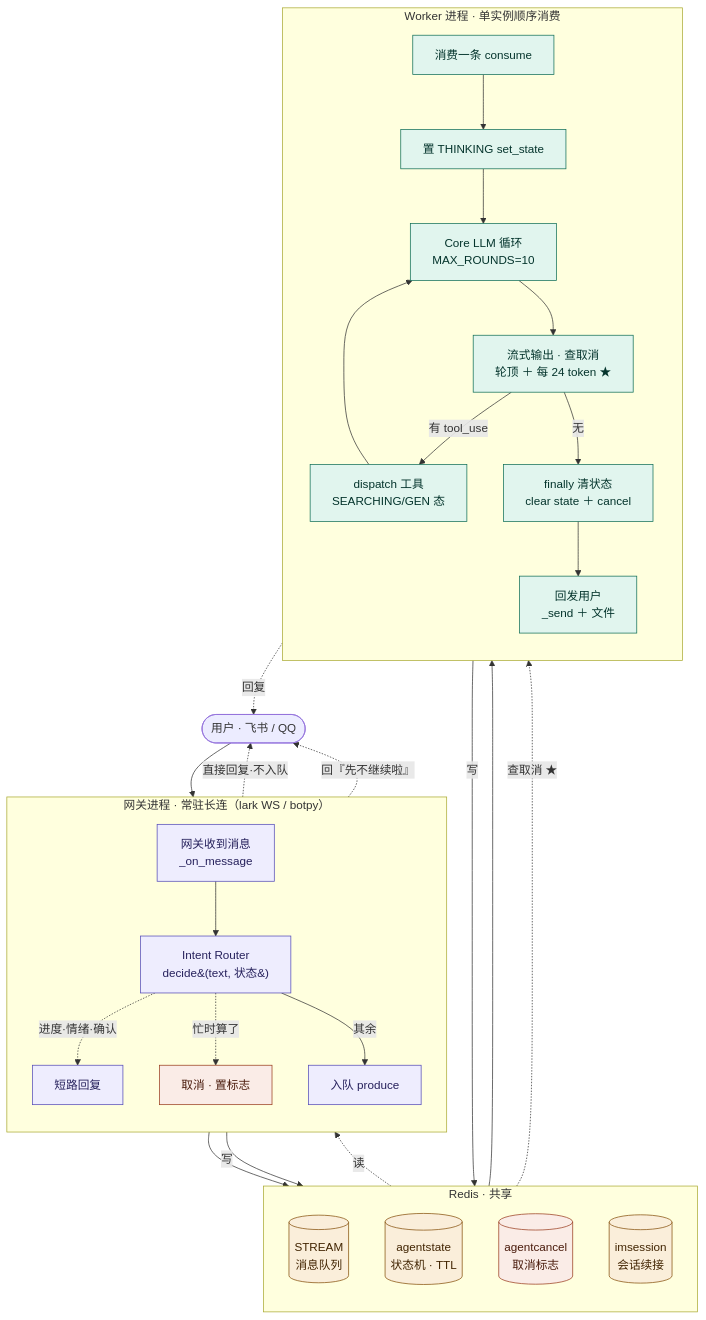
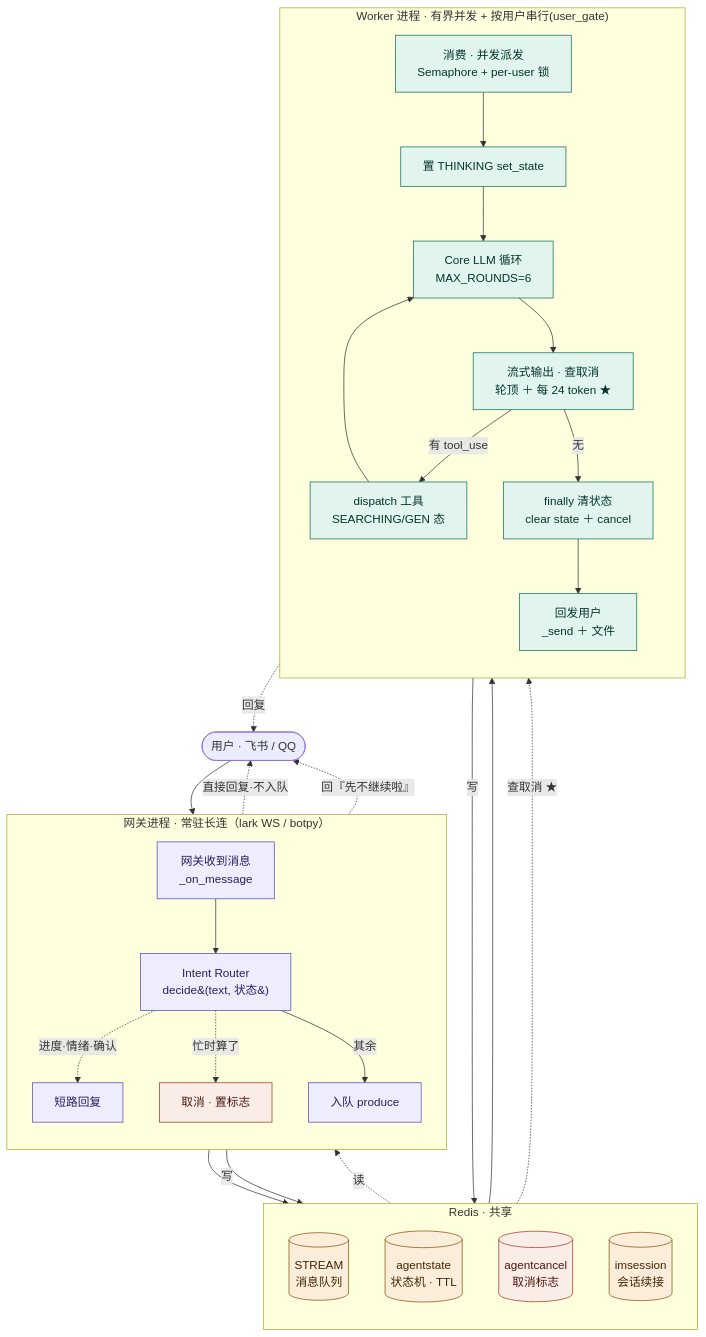
Before and after one commit to Coffeiz/Gugu-web: the diagram in docs/agent-决策环.md, drawn with Mermaid. The commit also changed other lines of this file and 1 other file, not shown here.

````diff
--- a/docs/agent-决策环.md
+++ b/docs/agent-决策环.md
@@ -70,47 +70,47 @@
 ```mermaid
 flowchart TD
     U([用户 · 飞书 / QQ])
 
     subgraph GW["网关进程 · 常驻长连（lark WS / botpy）"]
         direction TB
         G1[网关收到消息<br/>_on_message] --> G2[Intent Router<br/>decide&#40;text, 状态&#41;]
         G2 -.->|进度·情绪·确认| G3[短路回复]
         G2 -.->|忙时算了| G4[取消 · 置标志]
         G2 -->|其余| G5[入队 produce]
     end
 
     subgraph RD["Redis · 共享"]
         direction TB
         R1[(STREAM<br/>消息队列)]
         R2[(agentstate<br/>状态机 · TTL)]
         R3[(agentcancel<br/>取消标志)]
         R4[(imsession<br/>会话续接)]
     end
 
-    subgraph WK["Worker 进程 · 单实例顺序消费"]
+    subgraph WK["Worker 进程 · 有界并发 + 按用户串行(user_gate)"]
         direction TB
-        W1[消费一条 consume] --> W2[置 THINKING set_state] --> W3[Core LLM 循环<br/>MAX_ROUNDS=10]
+        W1[消费 · 并发派发<br/>Semaphore + per-user 锁] --> W2[置 THINKING set_state] --> W3[Core LLM 循环<br/>MAX_ROUNDS=6]
         W3 --> W4["流式输出 · 查取消<br/>轮顶 ＋ 每 24 token ★"]
         W4 -->|有 tool_use| W5[dispatch 工具<br/>SEARCHING/GEN 态] --> W3
         W4 -->|无| W6[finally 清状态<br/>clear state ＋ cancel] --> W7[回发用户<br/>_send ＋ 文件]
     end
 
     U --> G1
     G3 -.->|直接回复·不入队| U
     G4 -.->|回『先不继续啦』| U
     G5 --> R1 --> W1
     W2 -->|写| R2
     R2 -.->|读| G2
     G4 -->|写| R3
     R3 -.->|查取消 ★| W4
     W7 -.->|回复| U
 
     classDef gw fill:#EEEDFE,stroke:#534AB7,color:#26215C;
     classDef rd fill:#FAEEDA,stroke:#854F0B,color:#412402;
     classDef wk fill:#E1F5EE,stroke:#0F6E56,color:#04342C;
     classDef cancel fill:#FAECE7,stroke:#993C1D,color:#4A1B0C;
     class G1,G2,G3,G5 gw;
     class R1,R2,R4 rd;
     class R3,G4 cancel;
     class W1,W2,W3,W4,W5,W6,W7 wk;
 ```
````
